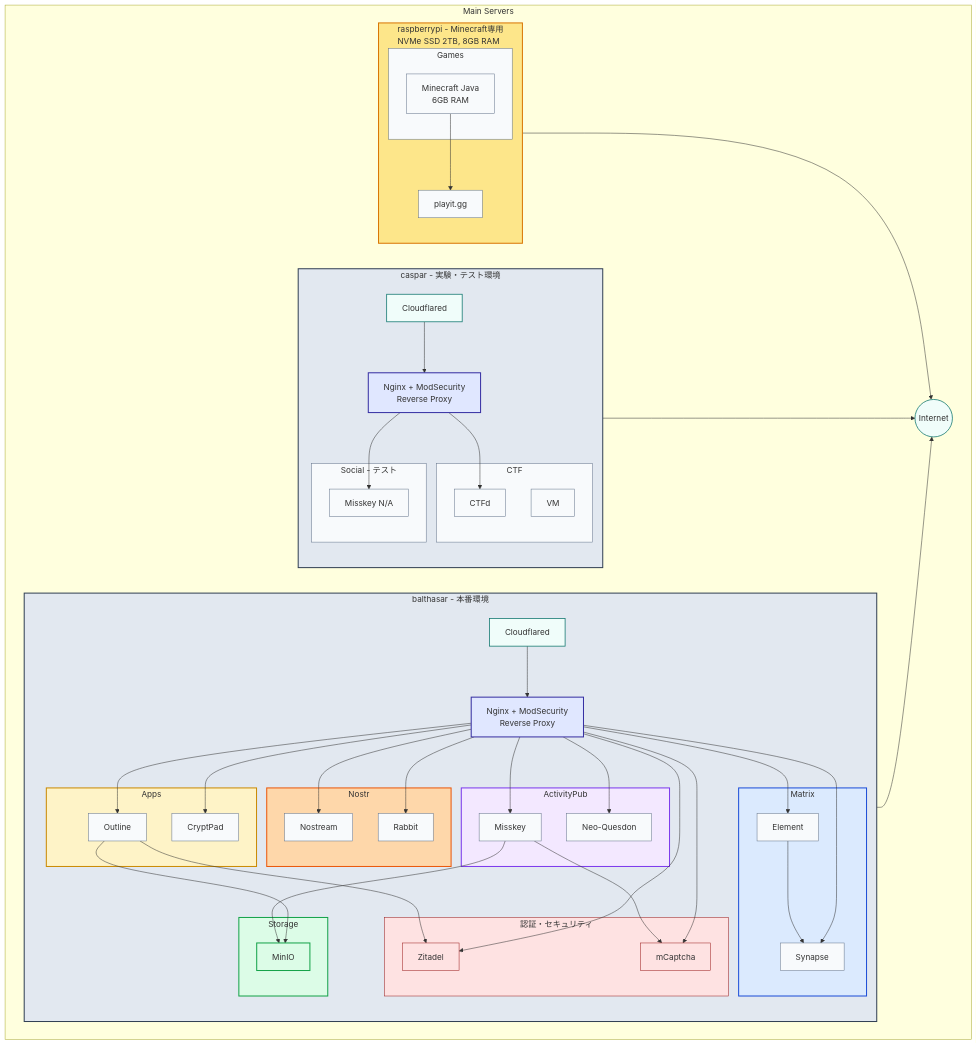
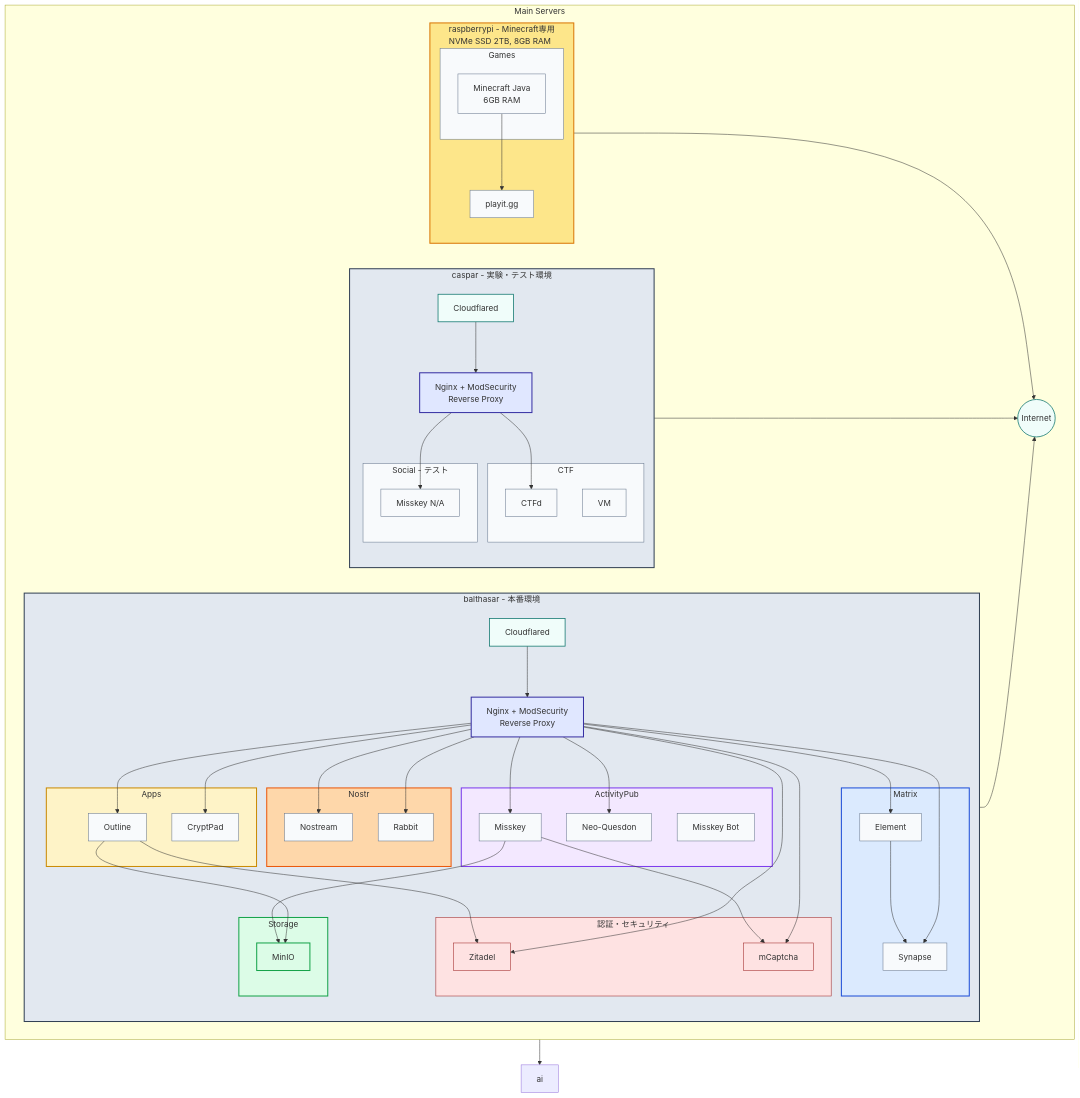
The first of 6 diagrams in README.md (yamisskey-dev/yamisskey-host), drawn with Mermaid before and after one commit.

Commit message:
Add Misskey Bot to ActivityPub diagram

```diff
--- a/README.md
+++ b/README.md
@@ -28,6 +28,7 @@
             nginx_b[Nginx + ModSecurity<br/>Reverse Proxy]:::proxy
             
             subgraph activitypub[ActivityPub]
+                yui[Misskey Bot]:::service
                 yamisskey[Misskey]:::service
                 neoquesdon[Neo-Quesdon]:::service
             end
@@ -103,6 +104,7 @@
     %% Nginx to services - balthasar
     nginx_b --> yamisskey
     nginx_b --> neoquesdon
+    nginx_b --> ai
     nginx_b --> nostream
     nginx_b --> rabbit
     nginx_b --> element
```
